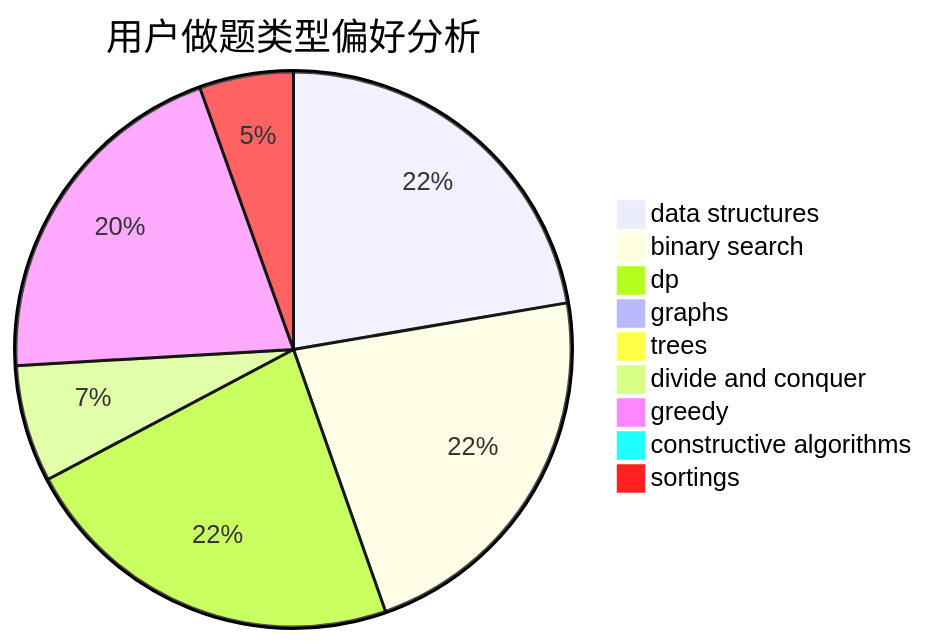
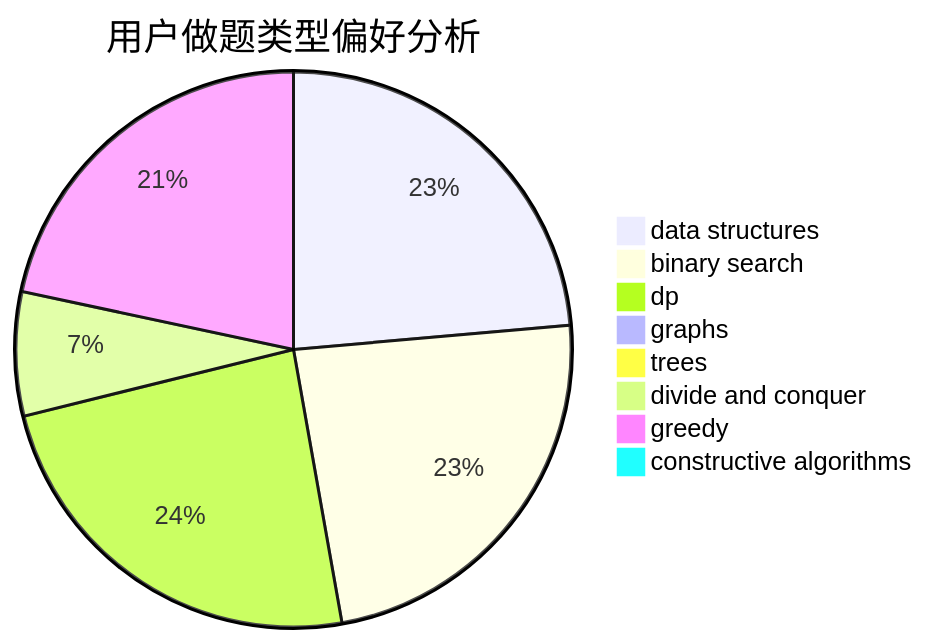
Before and after one commit to sherpahu/cfrs.github.io: the second of 3 diagrams in docs/user/u752.md, drawn with Mermaid. The commit also changed other lines of this file and 2769 other files, not shown here.

````diff
--- a/docs/user/u752.md
+++ b/docs/user/u752.md
@@ -18,12 +18,11 @@
 ```mermaid
 pie title 用户做题类型偏好分析
     "data structures" :  494
     "binary search" :  494
     "dp" :  501
     "graphs" :  7
     "trees" :  17
     "divide and conquer" :  151
     "greedy" :  453
     "constructive algorithms" :  1
-    "sortings" :  121
 ```
````
